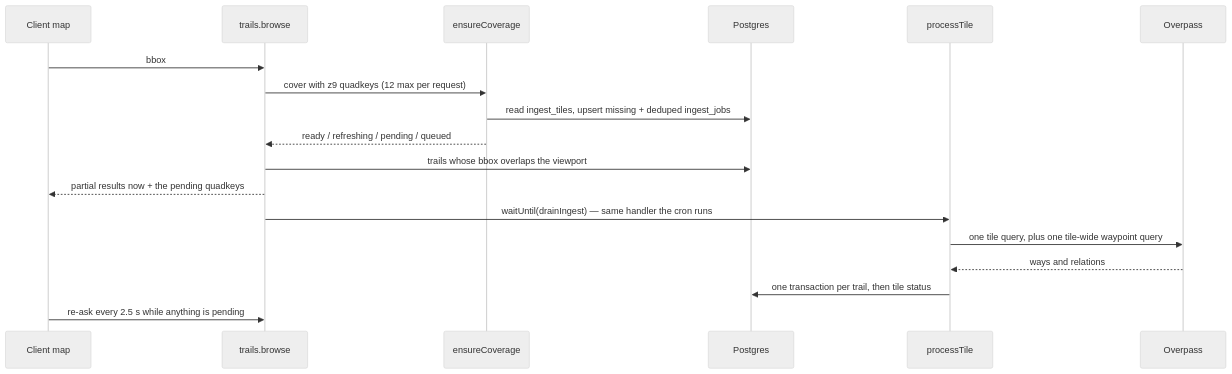
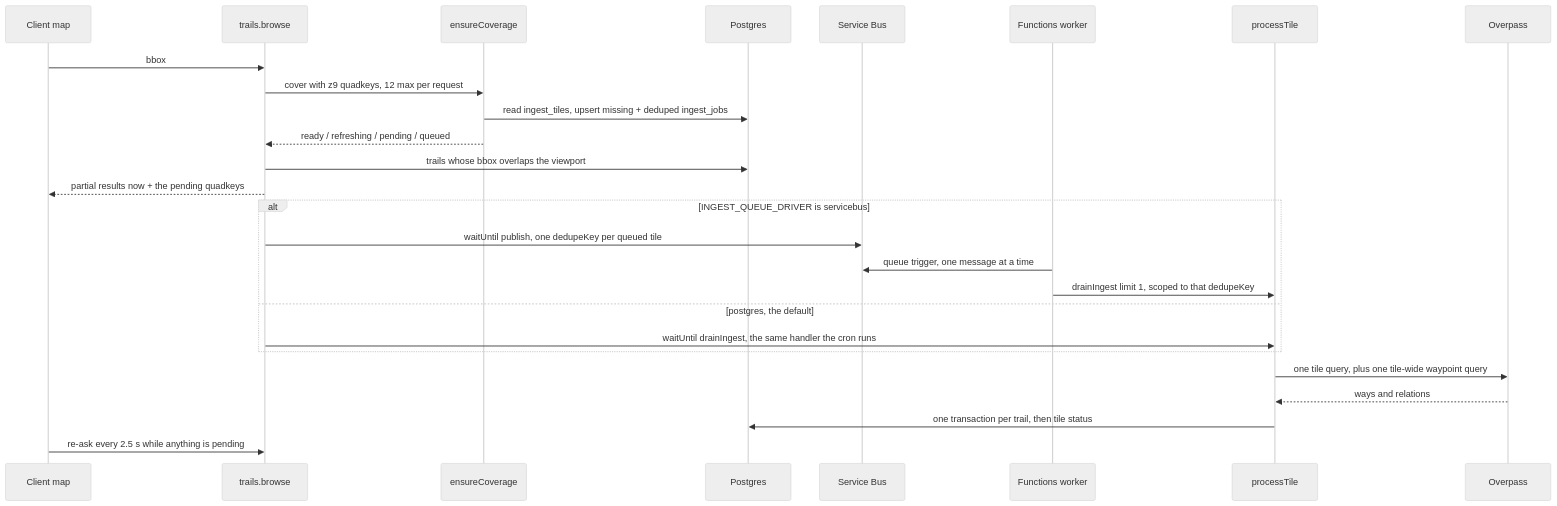
One commit to mbahgatTech/switchback changed the second of 10 diagrams in docs/architecture.md. Above: the diagram before and after it, drawn with Mermaid (neutral theme). The commit also changed other lines of this file and 1 other file, not shown here.

First line of the commit message:
Fix two runtime-only defects in ingest.bicep, and document both drivers

````diff
--- a/docs/architecture.md
+++ b/docs/architecture.md
@@ -58,21 +58,31 @@
 ```mermaid
 sequenceDiagram
   participant C as Client map
   participant B as trails.browse
   participant V as ensureCoverage
   participant DB as Postgres
+  participant SB as Service Bus
+  participant W as Functions worker
   participant P as processTile
   participant O as Overpass
 
   C->>B: bbox
-  B->>V: cover with z9 quadkeys (12 max per request)
+  B->>V: cover with z9 quadkeys, 12 max per request
   V->>DB: read ingest_tiles, upsert missing + deduped ingest_jobs
   V-->>B: ready / refreshing / pending / queued
   B->>DB: trails whose bbox overlaps the viewport
   B-->>C: partial results now + the pending quadkeys
-  B->>P: waitUntil(drainIngest) — same handler the cron runs
+
+  alt INGEST_QUEUE_DRIVER is servicebus
+    B->>SB: waitUntil publish, one dedupeKey per queued tile
+    W->>SB: queue trigger, one message at a time
+    W->>P: drainIngest limit 1, scoped to that dedupeKey
+  else postgres, the default
+    B->>P: waitUntil drainIngest, the same handler the cron runs
+  end
+
   P->>O: one tile query, plus one tile-wide waypoint query
   O-->>P: ways and relations
   P->>DB: one transaction per trail, then tile status
   C->>B: re-ask every 2.5 s while anything is pending
 ```
````
